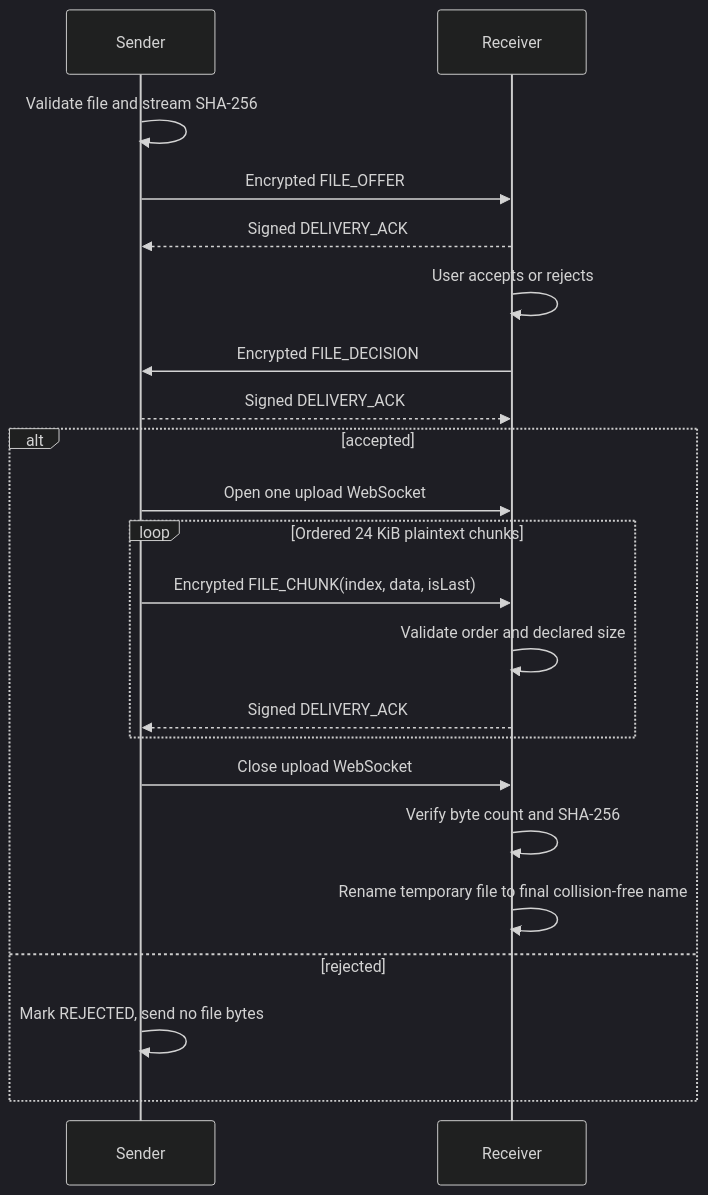
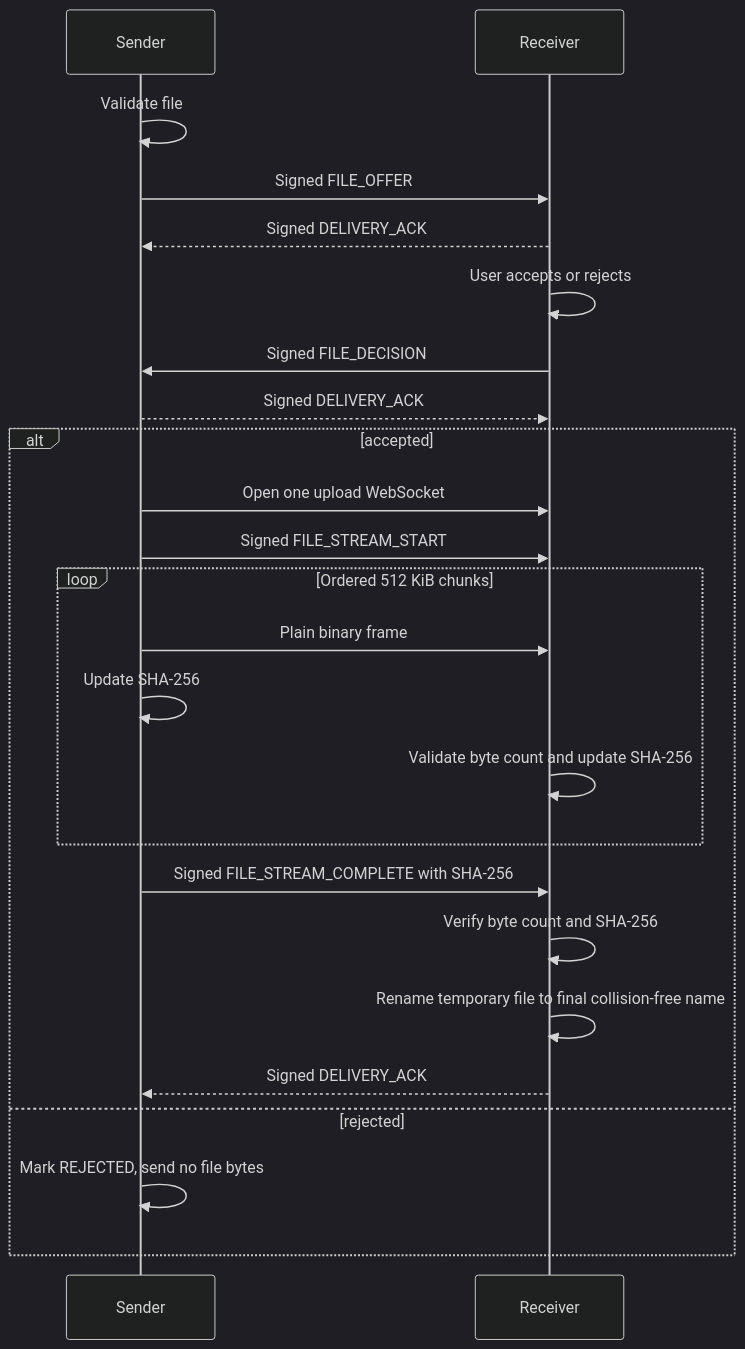
The first of 2 diagrams in docs/technical-principles/file-transfer.md (x2ink/subnetdrop), drawn with Mermaid (dark theme) before and after one commit. The commit also changed other lines of this file and 39 other files, not shown here.

````diff
--- a/docs/technical-principles/file-transfer.md
+++ b/docs/technical-principles/file-transfer.md
@@ -13,24 +13,26 @@
 ```mermaid
 sequenceDiagram
     participant S as Sender
     participant R as Receiver
-    S->>S: Validate file and stream SHA-256
-    S->>R: Encrypted FILE_OFFER
+    S->>S: Validate file
+    S->>R: Signed FILE_OFFER
     R-->>S: Signed DELIVERY_ACK
     R->>R: User accepts or rejects
-    R->>S: Encrypted FILE_DECISION
+    R->>S: Signed FILE_DECISION
     S-->>R: Signed DELIVERY_ACK
     alt accepted
         S->>R: Open one upload WebSocket
-        loop Ordered 24 KiB plaintext chunks
-            S->>R: Encrypted FILE_CHUNK(index, data, isLast)
-            R->>R: Validate order and declared size
-            R-->>S: Signed DELIVERY_ACK
+        S->>R: Signed FILE_STREAM_START
+        loop Ordered 512 KiB chunks
+            S->>R: Plain binary frame
+            S->>S: Update SHA-256
+            R->>R: Validate byte count and update SHA-256
         end
-        S->>R: Close upload WebSocket
+        S->>R: Signed FILE_STREAM_COMPLETE with SHA-256
         R->>R: Verify byte count and SHA-256
         R->>R: Rename temporary file to final collision-free name
+        R-->>S: Signed DELIVERY_ACK
     else rejected
         S->>S: Mark REJECTED, send no file bytes
     end
 ```
````
